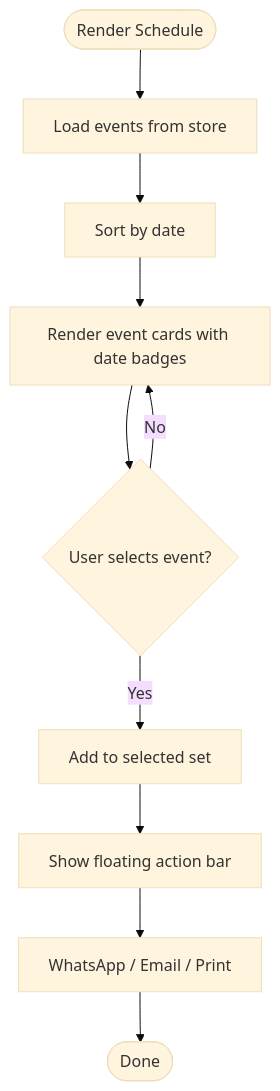
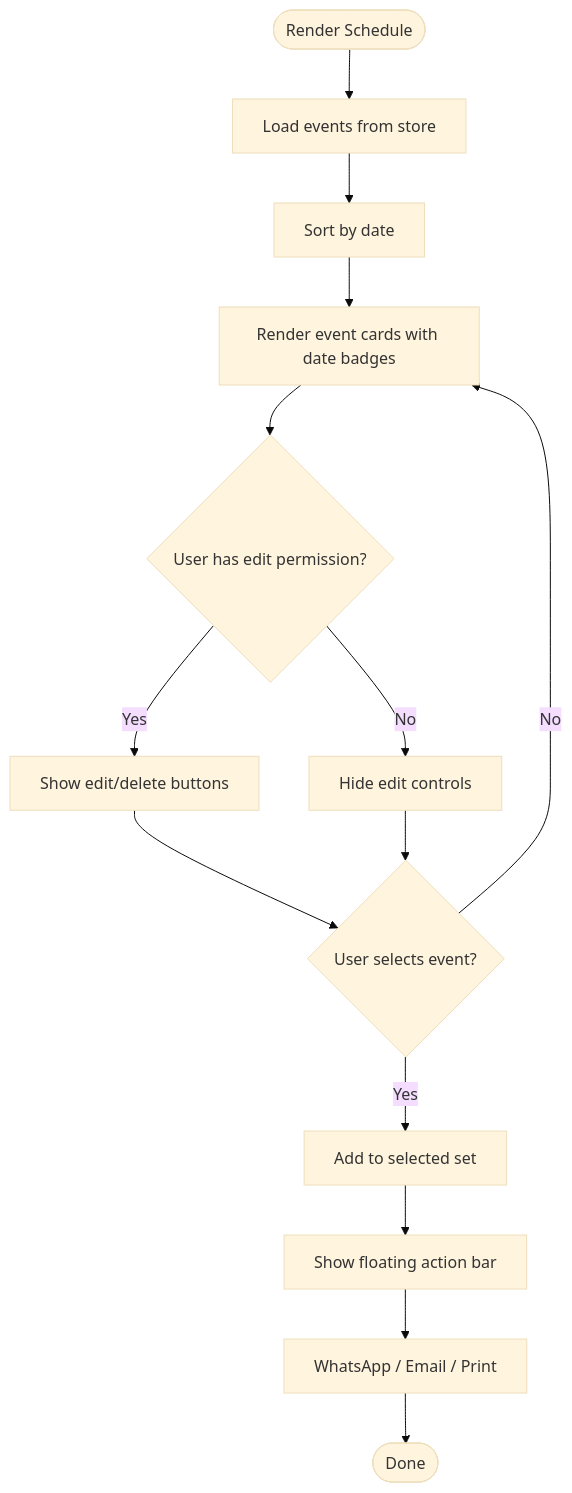
The fourth of 12 diagrams in .qoder/repowiki/en/content/Service Scheduling Platform/Service Scheduling Platform.md (netdaniel/serveflow), drawn with Mermaid (base theme) before and after one commit. The commit also changed other lines of this file and 15 other files, not shown here.

````diff
--- a/.qoder/repowiki/en/content/Service Scheduling Platform/Service Scheduling Platform.md
+++ b/.qoder/repowiki/en/content/Service Scheduling Platform/Service Scheduling Platform.md
@@ -218,12 +231,16 @@
 ```mermaid
 flowchart TD
 Start(["Render Schedule"]) --> LoadEvents["Load events from store"]
 LoadEvents --> SortDates["Sort by date"]
 SortDates --> RenderCards["Render event cards with date badges"]
-RenderCards --> SelectToggle{"User selects event?"}
+RenderCards --> CheckPermissions{"User has edit permission?"}
+CheckPermissions --> |Yes| ShowEditControls["Show edit/delete buttons"]
+CheckPermissions --> |No| HideEditControls["Hide edit controls"]
+ShowEditControls --> SelectToggle{"User selects event?"}
+HideEditControls --> SelectToggle
 SelectToggle --> |Yes| AddToSelection["Add to selected set"]
 SelectToggle --> |No| RenderCards
 AddToSelection --> FloatingBar["Show floating action bar"]
 FloatingBar --> ShareOptions["WhatsApp / Email / Print"]
 ShareOptions --> End(["Done"])
 ```
````
